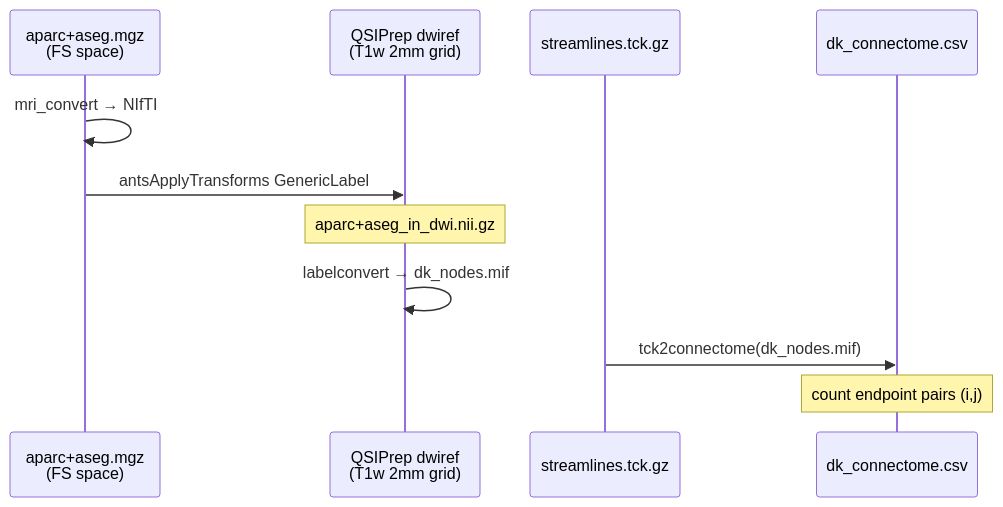
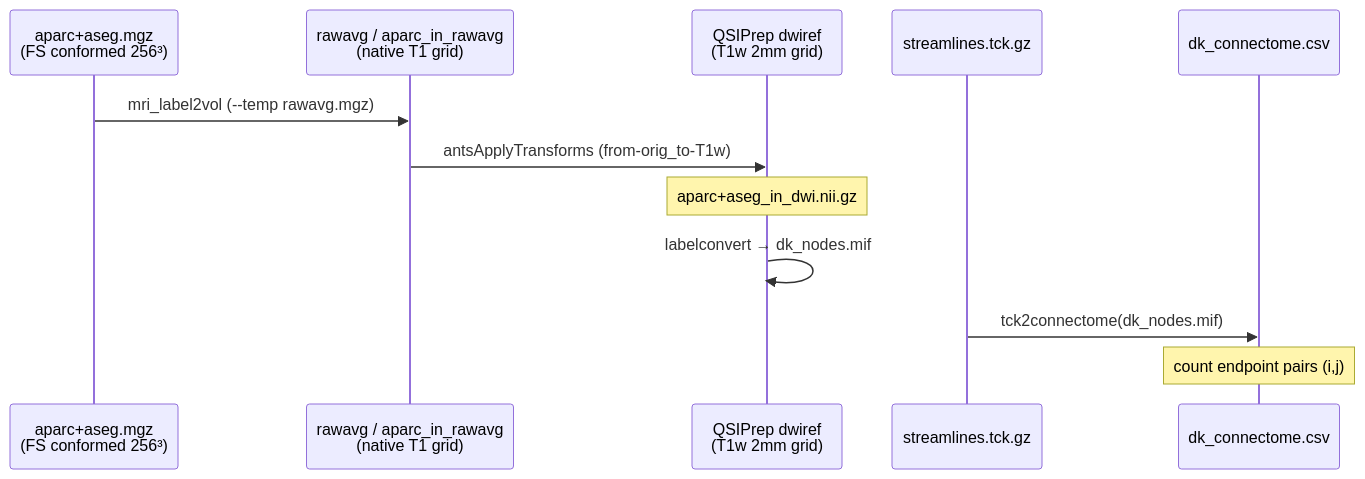
One commit to phindagijimana/dkt_connectome changed the second of 2 diagrams in dwi_pipeline/dk_connectome.md. Above: the diagram before and after it, drawn with Mermaid. The commit also changed other lines of this file and 4 other files, not shown here.

First line of the commit message:
Fix DK space alignment: mri_label2vol to native before antsApplyTransforms.

````diff
--- a/dwi_pipeline/dk_connectome.md
+++ b/dwi_pipeline/dk_connectome.md
@@ -187,14 +202,15 @@
 ```mermaid
 sequenceDiagram
-  participant FS as aparc+aseg.mgz<br/>(FS space)
+  participant FS as aparc+aseg.mgz<br/>(FS conformed 256³)
+  participant Nat as rawavg / aparc_in_rawavg<br/>(native T1 grid)
   participant T1w as QSIPrep dwiref<br/>(T1w 2mm grid)
   participant TCK as streamlines.tck.gz
   participant DK as dk_connectome.csv
 
-  FS->>FS: mri_convert → NIfTI
-  FS->>T1w: antsApplyTransforms GenericLabel
+  FS->>Nat: mri_label2vol (--temp rawavg.mgz)
+  Nat->>T1w: antsApplyTransforms (from-orig_to-T1w)
   Note over T1w: aparc+aseg_in_dwi.nii.gz
   T1w->>T1w: labelconvert → dk_nodes.mif
   TCK->>DK: tck2connectome(dk_nodes.mif)
   Note over DK: count endpoint pairs (i,j)
 ```
````
